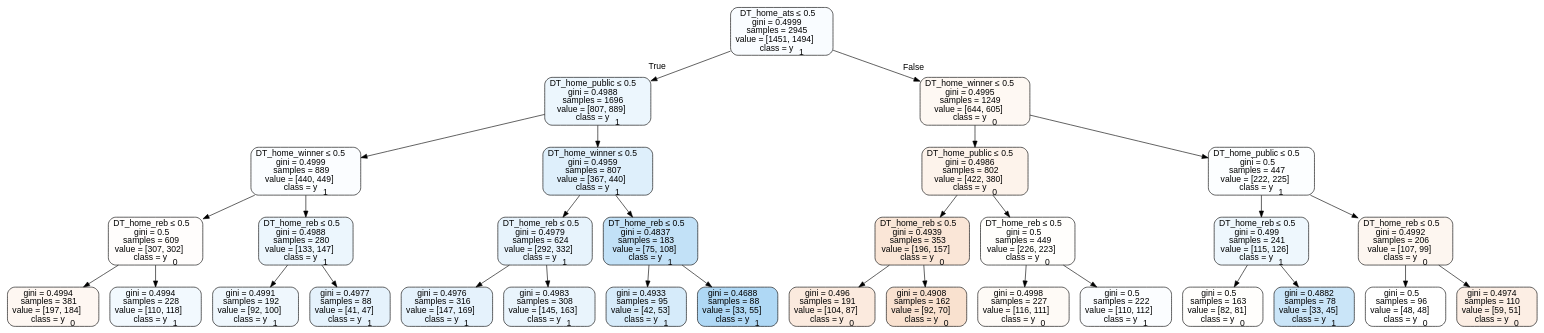
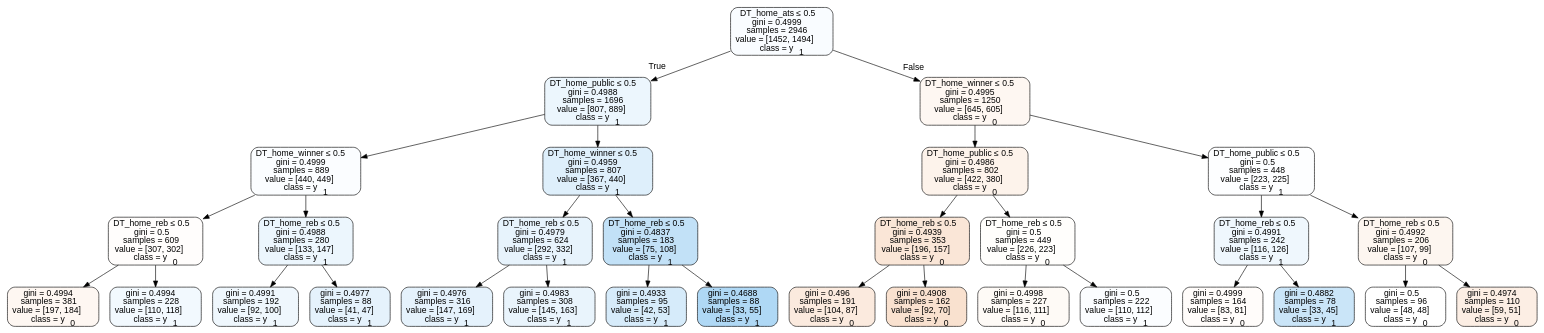
The diagram in Basketball/data/trees/treeneutral.dot (usbogie/ncaa-bets), drawn with Graphviz before and after one commit. The commit also changed 14 other files, not shown here.

```diff
--- a/Basketball/data/trees/treeneutral.dot
+++ b/Basketball/data/trees/treeneutral.dot
@@ -1,65 +1,65 @@
 digraph Tree {
 node [shape=box, style="filled, rounded", color="black", fontname=helvetica] ;
 edge [fontname=helvetica] ;
-0 [label=<DT_home_ats &le; 0.5<br/>gini = 0.4999<br/>samples = 2945<br/>value = [1451, 1494]<br/>class = y<SUB>1</SUB>>, fillcolor="#399de507"] ;
+0 [label=<DT_home_ats &le; 0.5<br/>gini = 0.4999<br/>samples = 2946<br/>value = [1452, 1494]<br/>class = y<SUB>1</SUB>>, fillcolor="#399de507"] ;
 1 [label=<DT_home_public &le; 0.5<br/>gini = 0.4988<br/>samples = 1696<br/>value = [807, 889]<br/>class = y<SUB>1</SUB>>, fillcolor="#399de518"] ;
 0 -> 1 [labeldistance=2.5, labelangle=45, headlabel="True"] ;
 2 [label=<DT_home_winner &le; 0.5<br/>gini = 0.4999<br/>samples = 889<br/>value = [440, 449]<br/>class = y<SUB>1</SUB>>, fillcolor="#399de505"] ;
 1 -> 2 ;
 3 [label=<DT_home_reb &le; 0.5<br/>gini = 0.5<br/>samples = 609<br/>value = [307, 302]<br/>class = y<SUB>0</SUB>>, fillcolor="#e5813904"] ;
 2 -> 3 ;
 4 [label=<gini = 0.4994<br/>samples = 381<br/>value = [197, 184]<br/>class = y<SUB>0</SUB>>, fillcolor="#e5813911"] ;
 3 -> 4 ;
 5 [label=<gini = 0.4994<br/>samples = 228<br/>value = [110, 118]<br/>class = y<SUB>1</SUB>>, fillcolor="#399de511"] ;
 3 -> 5 ;
 6 [label=<DT_home_reb &le; 0.5<br/>gini = 0.4988<br/>samples = 280<br/>value = [133, 147]<br/>class = y<SUB>1</SUB>>, fillcolor="#399de518"] ;
 2 -> 6 ;
 7 [label=<gini = 0.4991<br/>samples = 192<br/>value = [92, 100]<br/>class = y<SUB>1</SUB>>, fillcolor="#399de514"] ;
 6 -> 7 ;
 8 [label=<gini = 0.4977<br/>samples = 88<br/>value = [41, 47]<br/>class = y<SUB>1</SUB>>, fillcolor="#399de521"] ;
 6 -> 8 ;
 9 [label=<DT_home_winner &le; 0.5<br/>gini = 0.4959<br/>samples = 807<br/>value = [367, 440]<br/>class = y<SUB>1</SUB>>, fillcolor="#399de52a"] ;
 1 -> 9 ;
 10 [label=<DT_home_reb &le; 0.5<br/>gini = 0.4979<br/>samples = 624<br/>value = [292, 332]<br/>class = y<SUB>1</SUB>>, fillcolor="#399de51f"] ;
 9 -> 10 ;
 11 [label=<gini = 0.4976<br/>samples = 316<br/>value = [147, 169]<br/>class = y<SUB>1</SUB>>, fillcolor="#399de521"] ;
 10 -> 11 ;
 12 [label=<gini = 0.4983<br/>samples = 308<br/>value = [145, 163]<br/>class = y<SUB>1</SUB>>, fillcolor="#399de51c"] ;
 10 -> 12 ;
 13 [label=<DT_home_reb &le; 0.5<br/>gini = 0.4837<br/>samples = 183<br/>value = [75, 108]<br/>class = y<SUB>1</SUB>>, fillcolor="#399de54e"] ;
 9 -> 13 ;
 14 [label=<gini = 0.4933<br/>samples = 95<br/>value = [42, 53]<br/>class = y<SUB>1</SUB>>, fillcolor="#399de535"] ;
 13 -> 14 ;
 15 [label=<gini = 0.4688<br/>samples = 88<br/>value = [33, 55]<br/>class = y<SUB>1</SUB>>, fillcolor="#399de566"] ;
 13 -> 15 ;
-16 [label=<DT_home_winner &le; 0.5<br/>gini = 0.4995<br/>samples = 1249<br/>value = [644, 605]<br/>class = y<SUB>0</SUB>>, fillcolor="#e581390f"] ;
+16 [label=<DT_home_winner &le; 0.5<br/>gini = 0.4995<br/>samples = 1250<br/>value = [645, 605]<br/>class = y<SUB>0</SUB>>, fillcolor="#e5813910"] ;
 0 -> 16 [labeldistance=2.5, labelangle=-45, headlabel="False"] ;
 17 [label=<DT_home_public &le; 0.5<br/>gini = 0.4986<br/>samples = 802<br/>value = [422, 380]<br/>class = y<SUB>0</SUB>>, fillcolor="#e5813919"] ;
 16 -> 17 ;
 18 [label=<DT_home_reb &le; 0.5<br/>gini = 0.4939<br/>samples = 353<br/>value = [196, 157]<br/>class = y<SUB>0</SUB>>, fillcolor="#e5813933"] ;
 17 -> 18 ;
 19 [label=<gini = 0.496<br/>samples = 191<br/>value = [104, 87]<br/>class = y<SUB>0</SUB>>, fillcolor="#e581392a"] ;
 18 -> 19 ;
 20 [label=<gini = 0.4908<br/>samples = 162<br/>value = [92, 70]<br/>class = y<SUB>0</SUB>>, fillcolor="#e581393d"] ;
 18 -> 20 ;
 21 [label=<DT_home_reb &le; 0.5<br/>gini = 0.5<br/>samples = 449<br/>value = [226, 223]<br/>class = y<SUB>0</SUB>>, fillcolor="#e5813903"] ;
 17 -> 21 ;
 22 [label=<gini = 0.4998<br/>samples = 227<br/>value = [116, 111]<br/>class = y<SUB>0</SUB>>, fillcolor="#e581390b"] ;
 21 -> 22 ;
 23 [label=<gini = 0.5<br/>samples = 222<br/>value = [110, 112]<br/>class = y<SUB>1</SUB>>, fillcolor="#399de505"] ;
 21 -> 23 ;
-24 [label=<DT_home_public &le; 0.5<br/>gini = 0.5<br/>samples = 447<br/>value = [222, 225]<br/>class = y<SUB>1</SUB>>, fillcolor="#399de503"] ;
+24 [label=<DT_home_public &le; 0.5<br/>gini = 0.5<br/>samples = 448<br/>value = [223, 225]<br/>class = y<SUB>1</SUB>>, fillcolor="#399de502"] ;
 16 -> 24 ;
-25 [label=<DT_home_reb &le; 0.5<br/>gini = 0.499<br/>samples = 241<br/>value = [115, 126]<br/>class = y<SUB>1</SUB>>, fillcolor="#399de516"] ;
+25 [label=<DT_home_reb &le; 0.5<br/>gini = 0.4991<br/>samples = 242<br/>value = [116, 126]<br/>class = y<SUB>1</SUB>>, fillcolor="#399de514"] ;
 24 -> 25 ;
-26 [label=<gini = 0.5<br/>samples = 163<br/>value = [82, 81]<br/>class = y<SUB>0</SUB>>, fillcolor="#e5813903"] ;
+26 [label=<gini = 0.4999<br/>samples = 164<br/>value = [83, 81]<br/>class = y<SUB>0</SUB>>, fillcolor="#e5813906"] ;
 25 -> 26 ;
 27 [label=<gini = 0.4882<br/>samples = 78<br/>value = [33, 45]<br/>class = y<SUB>1</SUB>>, fillcolor="#399de544"] ;
 25 -> 27 ;
 28 [label=<DT_home_reb &le; 0.5<br/>gini = 0.4992<br/>samples = 206<br/>value = [107, 99]<br/>class = y<SUB>0</SUB>>, fillcolor="#e5813913"] ;
 24 -> 28 ;
 29 [label=<gini = 0.5<br/>samples = 96<br/>value = [48, 48]<br/>class = y<SUB>0</SUB>>, fillcolor="#e5813900"] ;
 28 -> 29 ;
 30 [label=<gini = 0.4974<br/>samples = 110<br/>value = [59, 51]<br/>class = y<SUB>0</SUB>>, fillcolor="#e5813923"] ;
 28 -> 30 ;
 }
```
